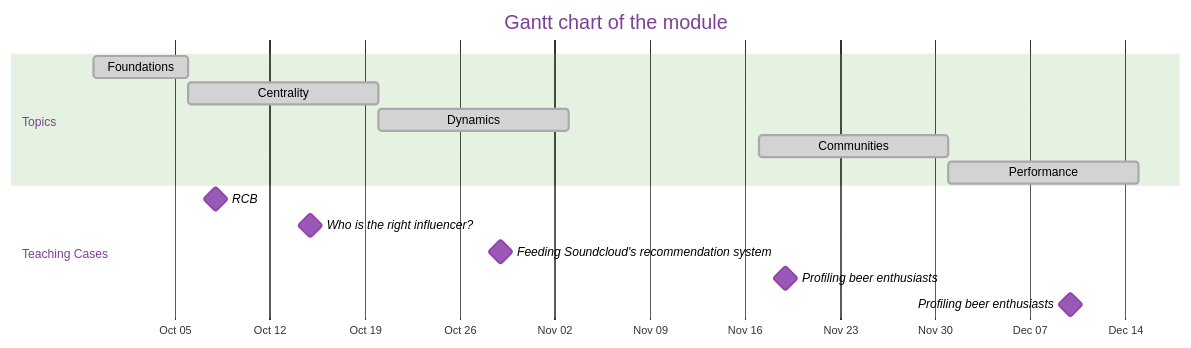
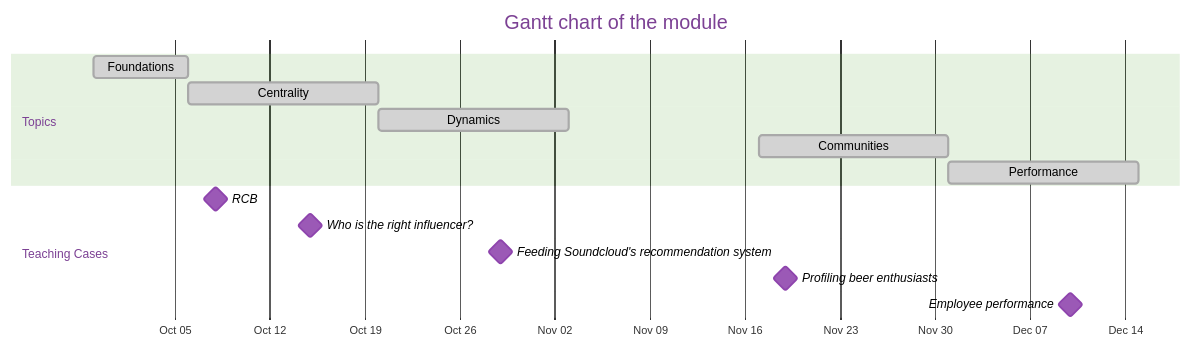
One commit to simoneSantoni/net-analysis-smm638 changed the diagram in website/weeks/week-2/slideshow_1.qmd. Above: the diagram before and after it, drawn with Mermaid. The commit also changed 5 other files, not shown here.

````diff
--- a/website/weeks/week-2/slideshow_1.qmd
+++ b/website/weeks/week-2/slideshow_1.qmd
@@ -171,21 +171,21 @@
 ```{mermaid}
 %%{init: {'theme':'base', 'themeVariables': { 'fontSize':'18px', 'primaryColor':'#9B59B6', 'primaryBorderColor':'#8E44AD', 'primaryTextColor':'#000000', 'gridColor':'#000000', 'lineColor':'#000000', 'doneTaskBkgColor':'#D3D3D3', 'doneTaskBorderColor':'#A9A9A9', 'activeTaskBkgColor':'#D3D3D3', 'activeTaskBorderColor':'#A9A9A9', 'taskBkgColor':'#D3D3D3', 'taskBorderColor':'#A9A9A9', 'critBkgColor':'#9B59B6', 'critBorderColor':'#8E44AD', 'todayLineColor':'#FF0000'}}}%%
 gantt
     title Gantt chart of the module
     dateFormat YYYY-MM-DD
     axisFormat %b %d
 
     section Topics
     Foundations:done, topic1, 2025-09-29, 7d
     Centrality :active, topic2, 2025-10-06, 14d
     Dynamics   :topic3, 2025-10-20, 14d
     Communities:topic4, 2025-11-17, 14d
     Performance:topic5, 2025-12-01, 14d
 
     section Teaching Cases
     RCB: crit, milestone, case0, 2025-10-08, 0d
     Who is the right influencer?:crit, milestone, case1, 2025-10-15, 0d
     Feeding Soundcloud's recommendation system:crit, milestone, case2, 2025-10-29, 0d
     Profiling beer enthusiasts:crit, milestone, case3, 2025-11-19, 0d
-    Profiling beer enthusiasts:crit, milestone, case4, 2025-12-10, 0d
+    Employee performance:crit, milestone, case4, 2025-12-10, 0d
 ``` 
````
